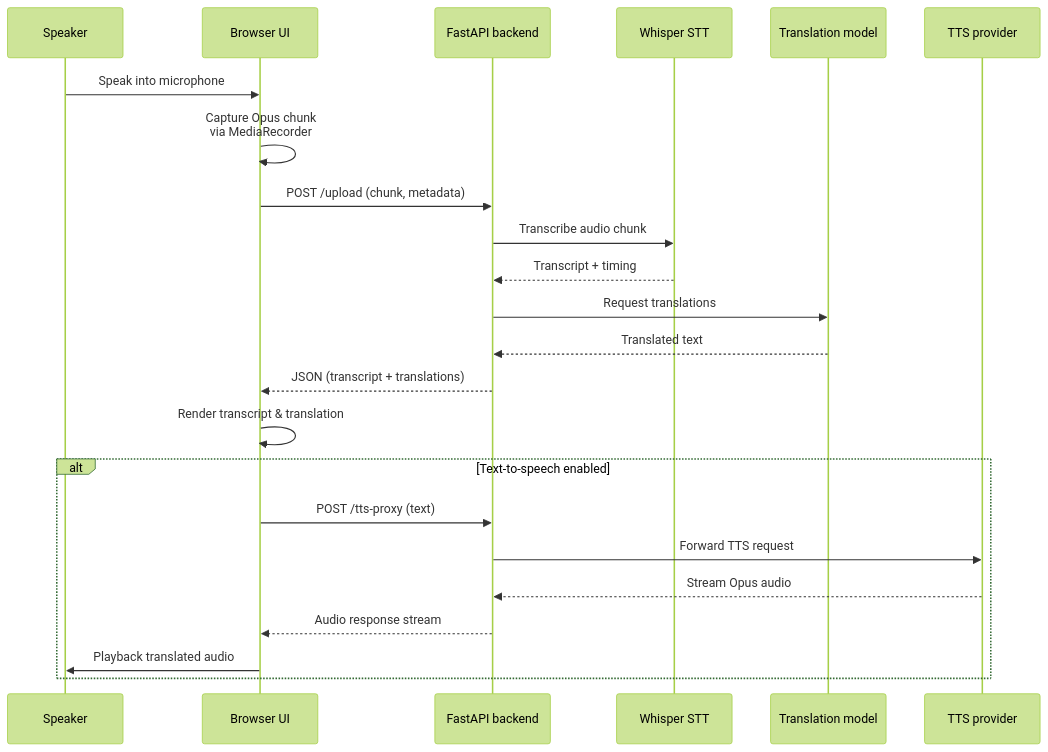
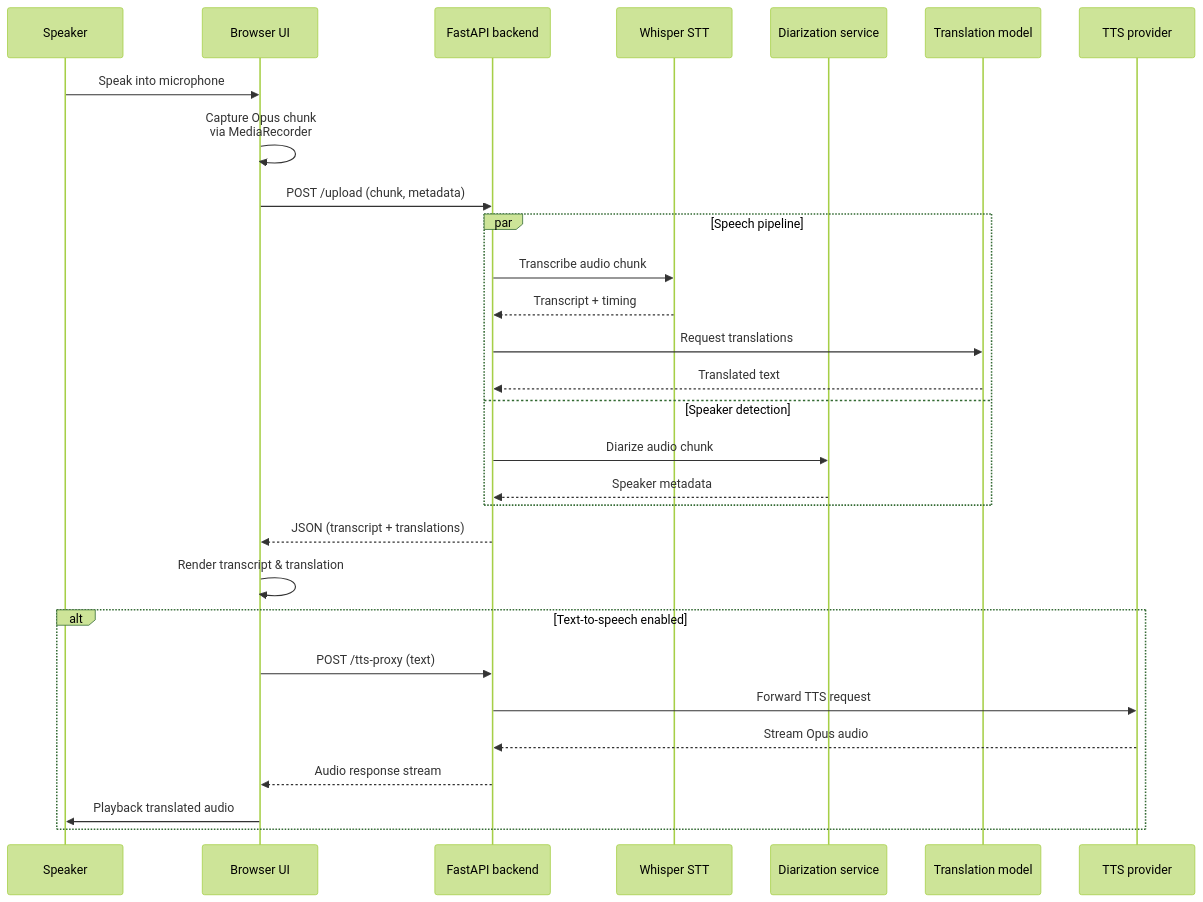
Before and after one commit to ynotopec/translate-rt: the diagram in docs/streaming-sequence.md, drawn with Mermaid (forest theme). The commit also changed other lines of this file and 2 other files, not shown here.

Commit message:
perf(api): overlap translation with diarization

````diff
--- a/docs/streaming-sequence.md
+++ b/docs/streaming-sequence.md
@@ -5,26 +5,32 @@
 ```mermaid
 sequenceDiagram
     participant User as Speaker
     participant Browser as Browser UI
     participant API as FastAPI backend
     participant Whisper as Whisper STT
+    participant Diar as Diarization service
     participant GPT as Translation model
     participant TTS as TTS provider
 
     User->>Browser: Speak into microphone
     Browser->>Browser: Capture Opus chunk<br/>via MediaRecorder
     Browser->>API: POST /upload (chunk, metadata)
-    API->>Whisper: Transcribe audio chunk
-    Whisper-->>API: Transcript + timing
-    API->>GPT: Request translations
-    GPT-->>API: Translated text
+    par Speech pipeline
+        API->>Whisper: Transcribe audio chunk
+        Whisper-->>API: Transcript + timing
+        API->>GPT: Request translations
+        GPT-->>API: Translated text
+    and Speaker detection
+        API->>Diar: Diarize audio chunk
+        Diar-->>API: Speaker metadata
+    end
     API-->>Browser: JSON (transcript + translations)
     Browser->>Browser: Render transcript & translation
     alt Text-to-speech enabled
         Browser->>API: POST /tts-proxy (text)
         API->>TTS: Forward TTS request
         TTS-->>API: Stream Opus audio
         API-->>Browser: Audio response stream
         Browser->>User: Playback translated audio
     end
 ```
````
